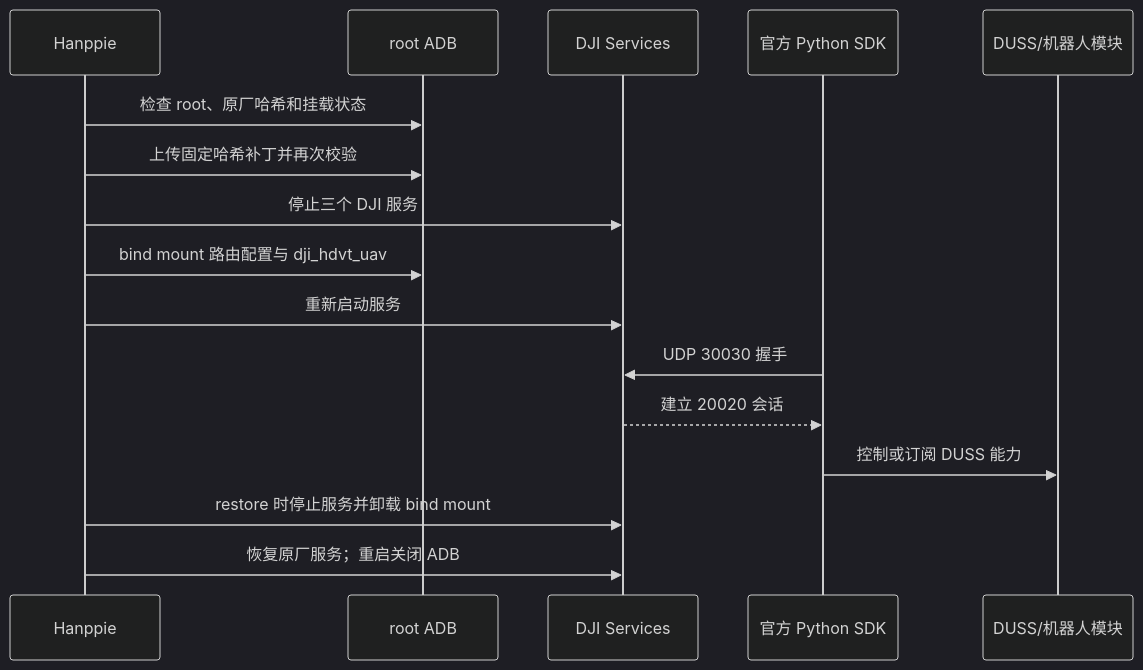
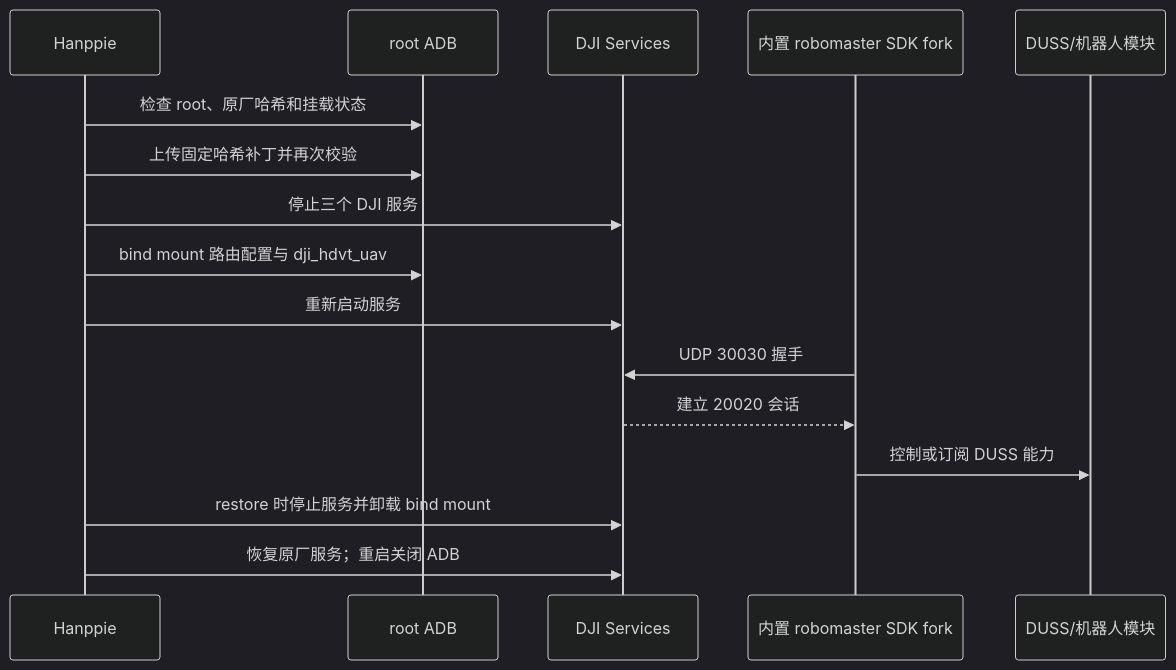
Before and after one commit to elonzh/hanppie: the seventh of 8 diagrams in docs/architecture.md, drawn with Mermaid (dark theme). The commit also changed other lines of this file and 49 other files, not shown here.

Commit message:
feat: fork robomaster sdk and pin python to 3.10

````diff
--- a/docs/architecture.md
+++ b/docs/architecture.md
@@ -555,19 +557,19 @@
 ```mermaid
 sequenceDiagram
     participant H as Hanppie
     participant A as root ADB
     participant S as DJI Services
-    participant O as 官方 Python SDK
+    participant O as 内置 robomaster SDK fork
     participant D as DUSS/机器人模块
 
     H->>A: 检查 root、原厂哈希和挂载状态
     H->>A: 上传固定哈希补丁并再次校验
     H->>S: 停止三个 DJI 服务
     H->>A: bind mount 路由配置与 dji_hdvt_uav
     H->>S: 重新启动服务
     O->>S: UDP 30030 握手
     S-->>O: 建立 20020 会话
     O->>D: 控制或订阅 DUSS 能力
     H->>S: restore 时停止服务并卸载 bind mount
     H->>S: 恢复原厂服务；重启关闭 ADB
 ```
````
